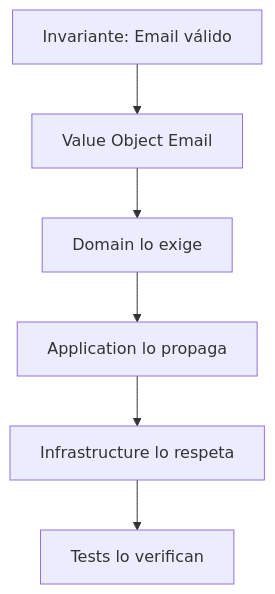
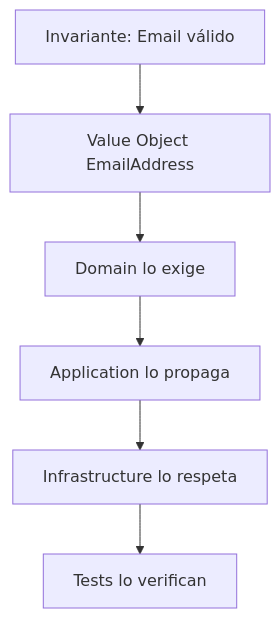
The diagram in 00-core-mobile/02-invariantes-y-contratos.md (SwiftEnProfundidad/stack-my-architecture-ios), drawn with Mermaid before and after one commit. The commit also changed other lines of this file and 208 other files, not shown here.

````diff
--- a/00-core-mobile/02-invariantes-y-contratos.md
+++ b/00-core-mobile/02-invariantes-y-contratos.md
@@ -7,8 +7,8 @@
 ```mermaid
 flowchart TD
-    INV["Invariante: Email válido"] --> VO["Value Object Email"]
+    INV["Invariante: Email válido"] --> VO["Value Object EmailAddress"]
     VO --> DOM["Domain lo exige"]
     DOM --> APP["Application lo propaga"]
     APP --> INFRA["Infrastructure lo respeta"]
     INFRA --> TEST["Tests lo verifican"]
 ```
````
